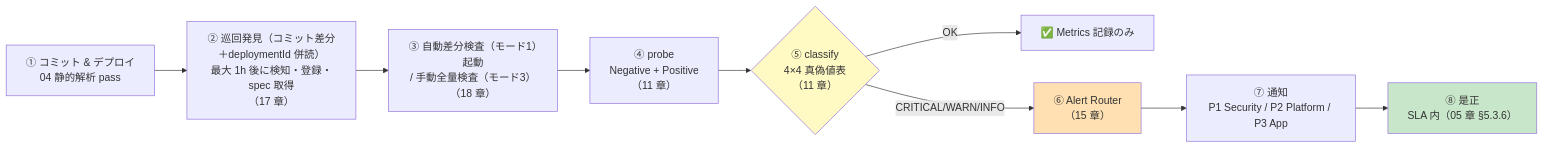
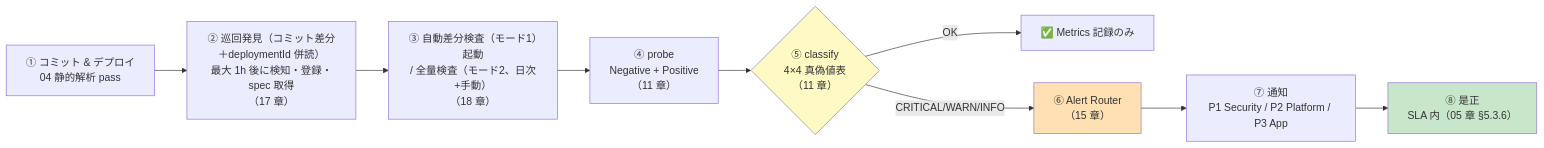
The third of 7 diagrams in doc/api-platform/basic-design/10-external-monitoring-overview.md (suepie/aws-atuh-poc), drawn with Mermaid before and after one commit. The commit also changed other lines of this file and 14 other files, not shown here.

````diff
--- a/doc/api-platform/basic-design/10-external-monitoring-overview.md
+++ b/doc/api-platform/basic-design/10-external-monitoring-overview.md
@@ -171,14 +171,14 @@
 ```mermaid
 flowchart LR
     D["① コミット & デプロイ<br/>04 静的解析 pass"] --> R["② 巡回発見（コミット差分<br/>＋deploymentId 併読）<br/>最大 1h 後に検知・登録・spec 取得<br/>（17 章）"]
-    R --> T["③ 自動差分検査（モード1）起動<br/>/ 手動全量検査（モード3）<br/>（18 章）"]
+    R --> T["③ 自動差分検査（モード1）起動<br/>/ 全量検査（モード2、日次+手動）<br/>（18 章）"]
     T --> P["④ probe<br/>Negative + Positive<br/>（11 章）"]
     P --> C{"⑤ classify<br/>4×4 真偽値表<br/>（11 章）"}
     C -->|OK| OK["✅ Metrics 記録のみ"]
     C -->|CRITICAL/WARN/INFO| A["⑥ Alert Router<br/>（15 章）"]
     A --> N["⑦ 通知<br/>P1 Security / P2 Platform / P3 App"]
     N --> FIX["⑧ 是正<br/>SLA 内（05 章 §5.3.6）"]
     style C fill:#fff9c4
     style A fill:#ffe0b2
     style FIX fill:#c8e6c9
 ```
````
